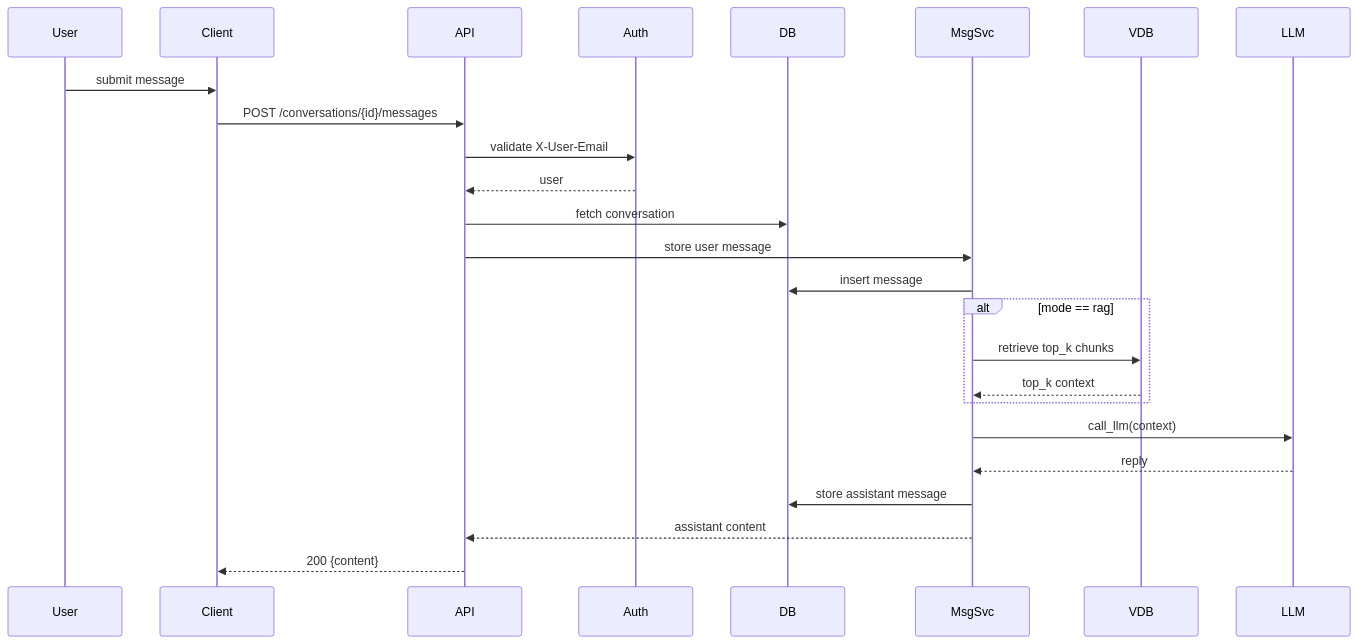
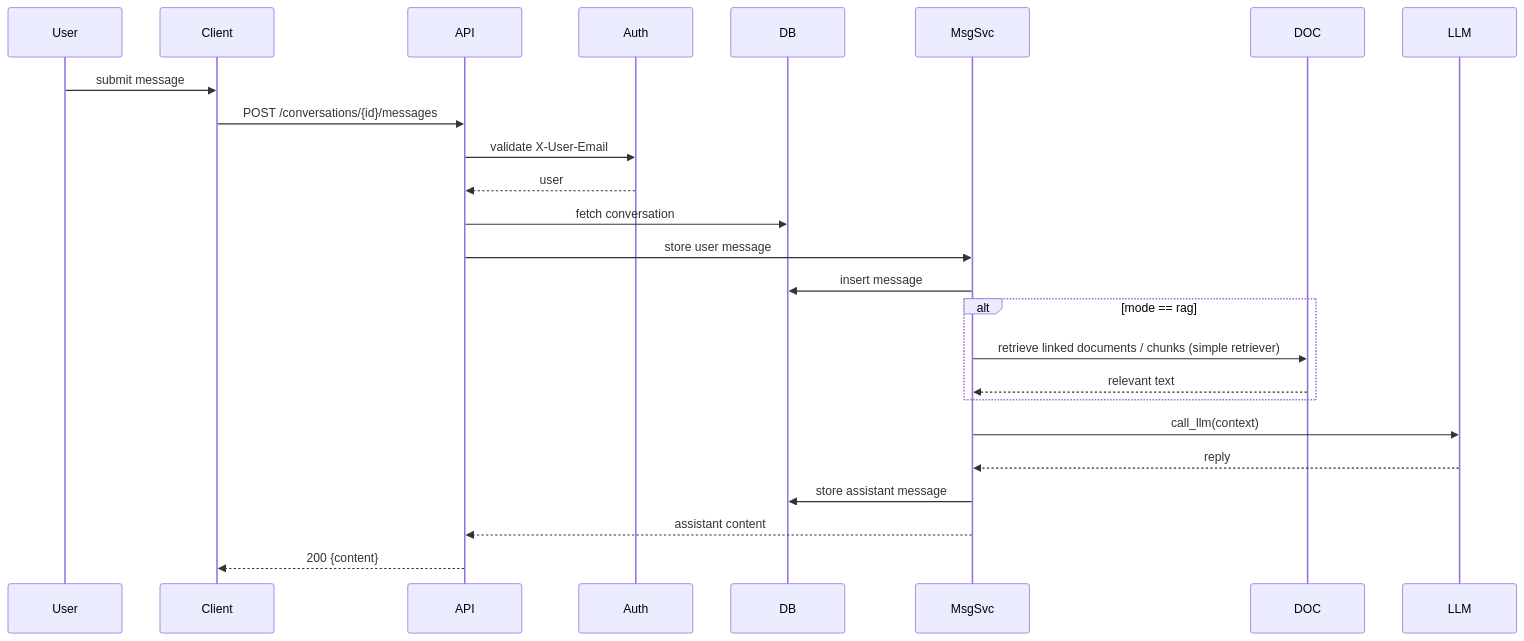
Before and after one commit to rishabhnagardev/bot-gpt-backend: the second of 4 diagrams in README.md, drawn with Mermaid. The commit also changed other lines of this file, not shown here.

````diff
--- a/README.md
+++ b/README.md
@@ -106,29 +102,29 @@
 ```mermaid
 sequenceDiagram
   participant User
   participant Client
   participant API
   participant Auth
   participant DB
   participant MsgSvc
-  participant VDB
+  participant DOC
   participant LLM
 
   User->>Client: submit message
   Client->>API: POST /conversations/{id}/messages
   API->>Auth: validate X-User-Email
   Auth-->>API: user
   API->>DB: fetch conversation
   API->>MsgSvc: store user message
   MsgSvc->>DB: insert message
   alt mode == rag
-    MsgSvc->>VDB: retrieve top_k chunks
-    VDB-->>MsgSvc: top_k context
+    MsgSvc->>DOC: retrieve linked documents / chunks (simple retriever)
+    DOC-->>MsgSvc: relevant text
   end
   MsgSvc->>LLM: call_llm(context)
   LLM-->>MsgSvc: reply
   MsgSvc->>DB: store assistant message
   MsgSvc-->>API: assistant content
   API-->>Client: 200 {content}
 
 ```
````
